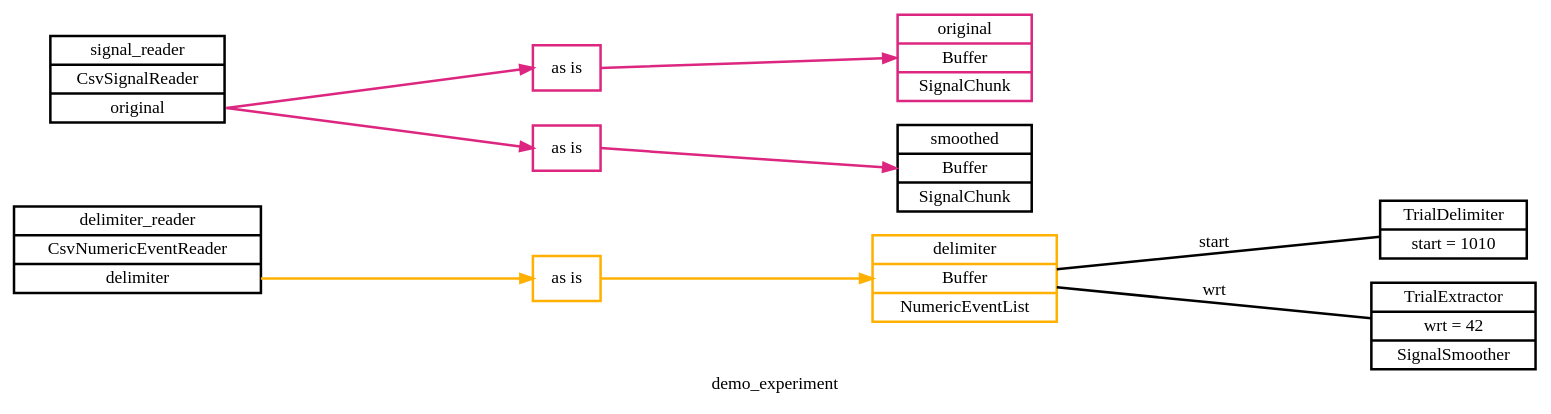
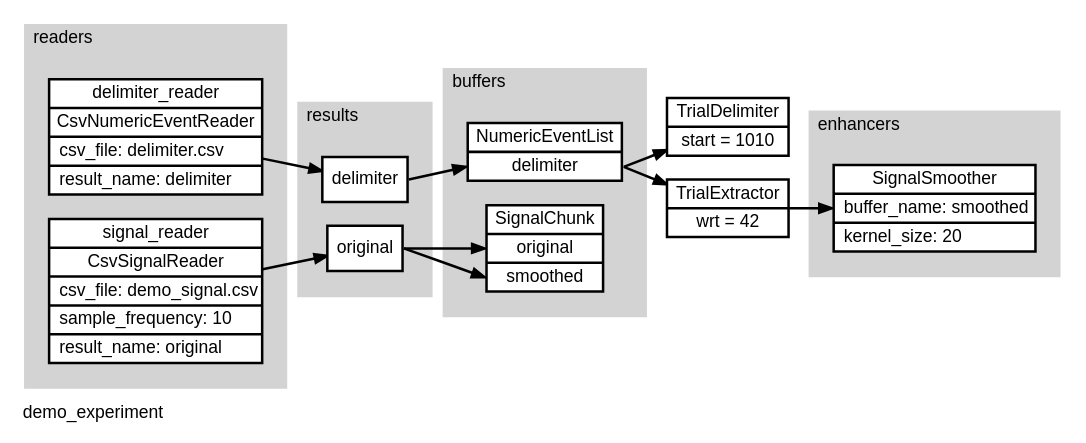
Before and after one commit to lwthompson2/pyramid: the diagram in docs/smooth-demo/demo_experiment.dot, drawn with Graphviz. The commit also changed 15 other files, not shown here.

Commit message:
Rework graphing for flow and config details.

```diff
--- a/docs/smooth-demo/demo_experiment.dot
+++ b/docs/smooth-demo/demo_experiment.dot
@@ -1,23 +1,34 @@
 digraph demo_experiment {
-	graph [label=demo_experiment overlap=scale rankdir=LR ranksep=3.0 splines=false]
-	node [penwidth=2.0]
-	edge [penwidth=2.0]
-	delimiter_reader [label="<delimiter_reader>delimiter_reader|CsvNumericEventReader|<delimiter>delimiter" shape=record]
-	signal_reader [label="<signal_reader>signal_reader|CsvSignalReader|<original>original" shape=record]
-	delimiter [label="delimiter|Buffer|NumericEventList" color="#FFB000" shape=record]
-	original [label="original|Buffer|SignalChunk" color="#DC267F" shape=record]
-	smoothed [label="smoothed|Buffer|SignalChunk" shape=record]
-	delimiter_reader_route_0 [label="as is" color="#FFB000" shape=record]
-	delimiter_reader:delimiter:e -> delimiter_reader_route_0:w [color="#FFB000"]
-	delimiter_reader_route_0:e -> delimiter:w [color="#FFB000"]
-	signal_reader_route_0 [label="as is" color="#DC267F" shape=record]
-	signal_reader:original:e -> signal_reader_route_0:w [color="#DC267F"]
-	signal_reader_route_0:e -> original:w [color="#DC267F"]
-	signal_reader_route_1 [label="as is" color="#DC267F" shape=record]
-	signal_reader:original:e -> signal_reader_route_1:w [color="#DC267F"]
-	signal_reader_route_1:e -> smoothed:w [color="#DC267F"]
-	trial_delimiter [label="TrialDelimiter|start = 1010" shape=record]
-	delimiter -> trial_delimiter [label=start arrowhead=none arrowtail=none]
-	trial_extractor [label="TrialExtractor|wrt = 42|SignalSmoother" shape=record]
-	delimiter -> trial_extractor [label=wrt arrowhead=none arrowtail=none]
+	graph [fontname=Arial label=demo_experiment labeljust=l outputorder=edgesfirst overlap=scale rankdir=LR splines=false]
+	node [fillcolor=white fontname=Arial penwidth=2.0 shape=record style=filled]
+	edge [fontname=Arial penwidth=2.0]
+	subgraph cluster_buffers {
+		graph [bgcolor=lightgray color=transparent fontname=Arial label=buffers margin=20 rank=same]
+		event_list [label="NumericEventList|<delimiter>delimiter"]
+		signal_chunk [label="SignalChunk|<original>original|<smoothed>smoothed"]
+	}
+	trial_delimiter [label="TrialDelimiter|start = 1010"]
+	event_list:delimiter:e -> trial_delimiter
+	trial_extractor [label="TrialExtractor|wrt = 42"]
+	event_list:delimiter:e -> trial_extractor
+	trial_extractor:e -> enhancer_0:w
+	subgraph cluster_enhancers {
+		graph [bgcolor=lightgray color=transparent fontname=Arial label=enhancers margin=20 rank=same]
+		enhancer_0 [label="SignalSmoother|buffer_name: smoothed\l|kernel_size: 20\l"]
+	}
+	subgraph cluster_readers {
+		graph [bgcolor=lightgray color=transparent fontname=Arial label=readers margin=20 rank=same]
+		delimiter_reader [label="delimiter_reader|CsvNumericEventReader|csv_file: delimiter.csv\l|result_name: delimiter\l"]
+		signal_reader [label="signal_reader|CsvSignalReader|csv_file: demo_signal.csv\l|sample_frequency: 10\l|result_name: original\l"]
+	}
+	delimiter_reader -> delimiter_reader_results
+	signal_reader -> signal_reader_results
+	subgraph cluster_results {
+		graph [bgcolor=lightgray color=transparent fontname=Arial label=results margin=20 rank=same]
+		delimiter_reader_results [label="<delimiter>delimiter"]
+		signal_reader_results [label="<original>original"]
+	}
+	delimiter_reader_results:delimiter:e -> event_list:delimiter:w
+	signal_reader_results:original:e -> signal_chunk:original:w
+	signal_reader_results:original:e -> signal_chunk:smoothed:w
 }
```
